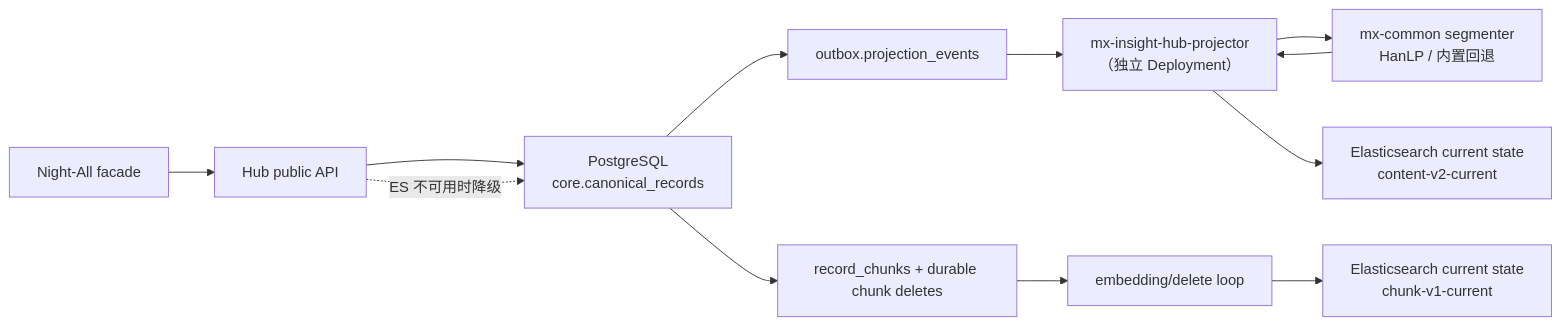
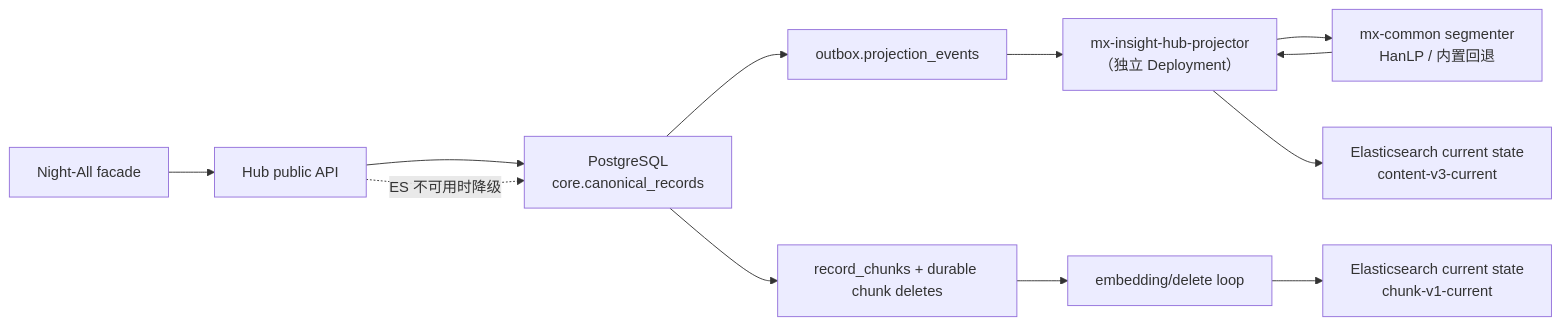
The diagram in electron-dock/mx-insight-hub/docs/architecture/shared-data-plane-and-search.md (qpjoy/de-llaaddddeerr), drawn with Mermaid before and after one commit. The commit also changed other lines of this file and 37 other files, not shown here.

````diff
--- a/electron-dock/mx-insight-hub/docs/architecture/shared-data-plane-and-search.md
+++ b/electron-dock/mx-insight-hub/docs/architecture/shared-data-plane-and-search.md
@@ -11,14 +11,14 @@
 ```mermaid
 flowchart LR
   NA["Night-All facade"] --> API["Hub public API"]
   API --> PG["PostgreSQL\ncore.canonical_records"]
   PG --> OB["outbox.projection_events"]
   OB --> PJ["mx-insight-hub-projector\n（独立 Deployment）"]
   PJ --> SEG["mx-common segmenter\nHanLP / 内置回退"]
   SEG --> PJ
-  PJ --> ES1["Elasticsearch current state\ncontent-v2-current"]
+  PJ --> ES1["Elasticsearch current state\ncontent-v3-current"]
   PG --> CH["record_chunks + durable chunk deletes"]
   CH --> EP["embedding/delete loop"]
   EP --> ES2["Elasticsearch current state\nchunk-v1-current"]
   API -. "ES 不可用时降级" .-> PG
 ```
````
